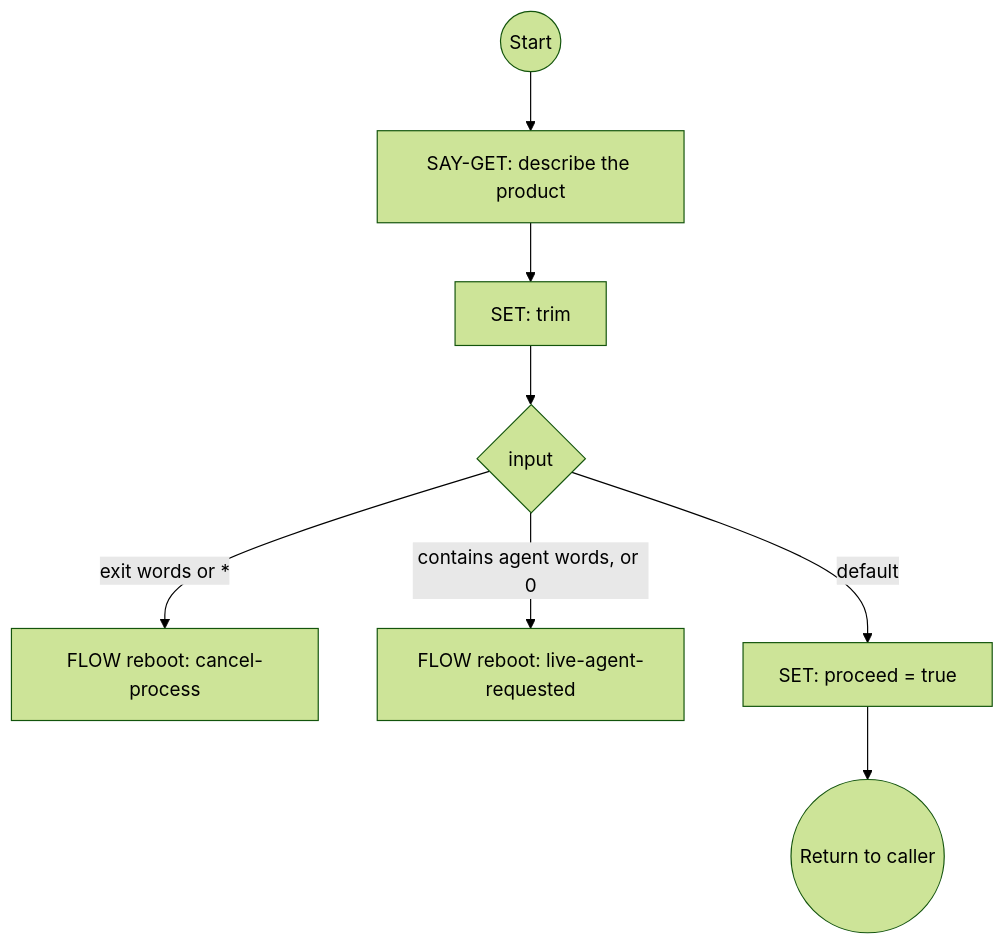
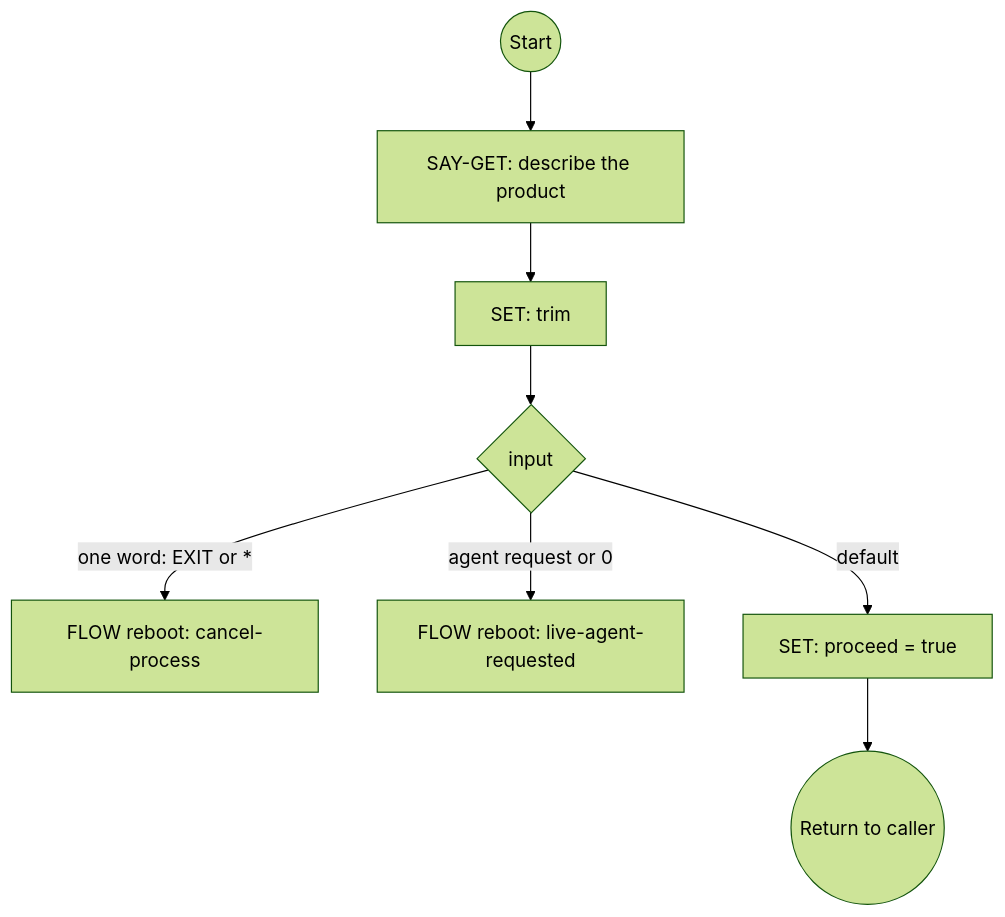
One commit to ronpinkas/jsfe changed the second of 6 diagrams in docs/shopify-flows.md. Above: the diagram before and after it, drawn with Mermaid (forest theme). The commit also changed other lines of this file and 1 other file, not shown here.

Commit message:
docs: system and Shopify flow pages on the shared answer vocabulary (isAnswer, isAgentRequest)

````diff
--- a/docs/shopify-flows.md
+++ b/docs/shopify-flows.md
@@ -134,10 +134,10 @@
 ```mermaid
 graph TD
     start((Start)) --> ask_what_looking_for[SAY-GET: describe the product]
     ask_what_looking_for --> normalize_search[SET: trim]
     normalize_search --> check_for_exit{input}
-    check_for_exit -->|exit words or *| abort_search[FLOW reboot: cancel-process]
-    check_for_exit -->|contains agent words, or 0| goto_live_agent[FLOW reboot: live-agent-requested]
+    check_for_exit -->|one word: EXIT or *| abort_search[FLOW reboot: cancel-process]
+    check_for_exit -->|agent request or 0| goto_live_agent[FLOW reboot: live-agent-requested]
     check_for_exit -->|default| proceed_with_search[SET: proceed = true]
     proceed_with_search --> stop((Return to caller))
 ```
````
